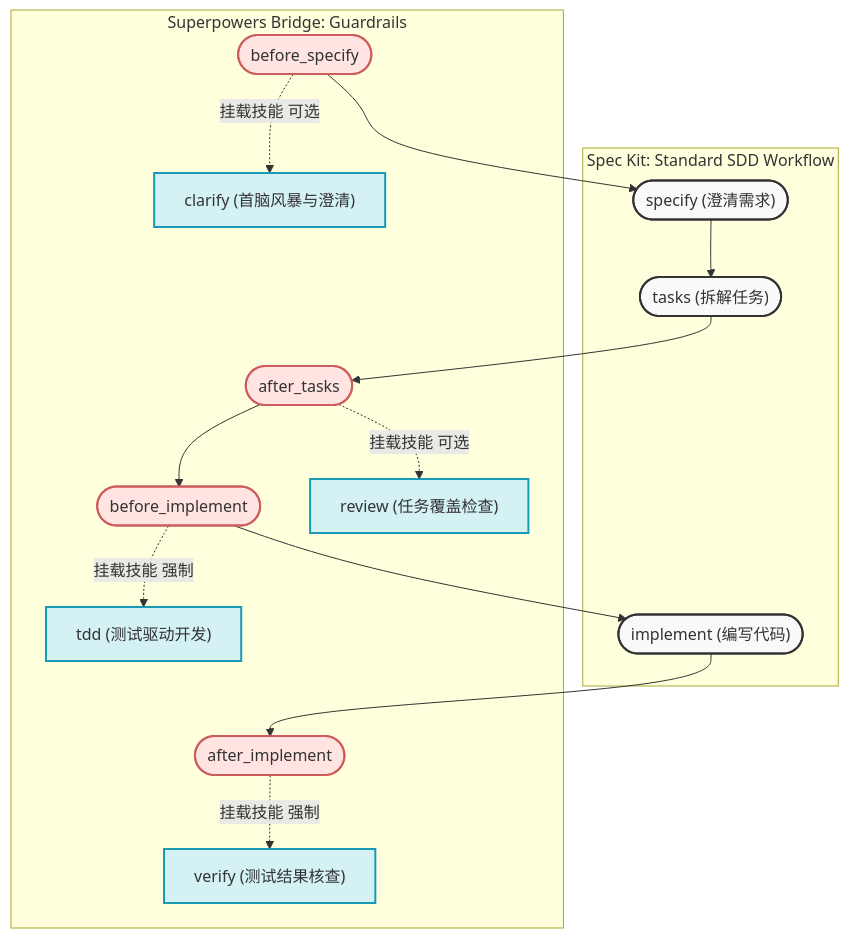
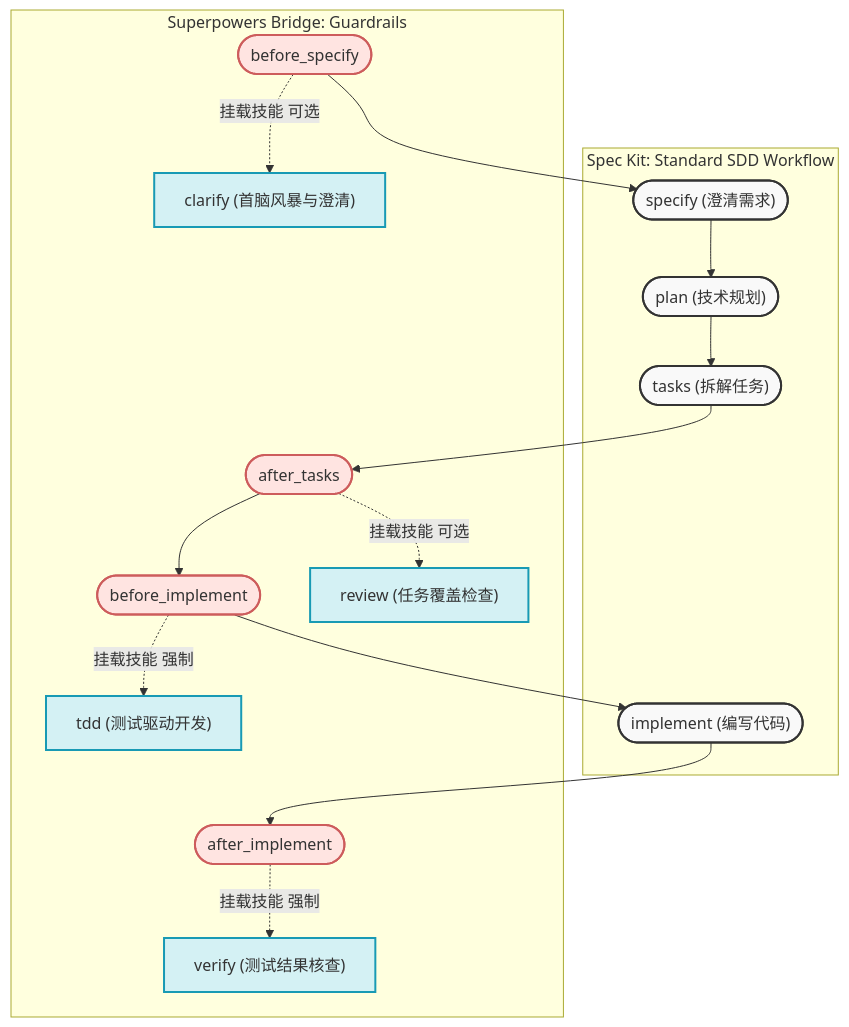
Before and after one commit to RbBtSn0w/rbbtsn0w.github.io: the diagram in _posts/2026-03-30-superpowers-bridge-spec-kit.md, drawn with Mermaid. The commit also changed other lines of this file and 3 other files, not shown here.

````diff
--- a/_posts/2026-03-30-superpowers-bridge-spec-kit.md
+++ b/_posts/2026-03-30-superpowers-bridge-spec-kit.md
@@ -37,36 +37,38 @@
 ```mermaid
 flowchart TD
     classDef workflow fill:#f9f9f9,stroke:#333,stroke-width:2px
     classDef hook fill:#ffe4e1,stroke:#cd5c5c,stroke-width:2px
     classDef skill fill:#d4f1f4,stroke:#189ab4,stroke-width:2px
 
     subgraph spec_workflow [Spec Kit: Standard SDD Workflow]
         S(["specify (澄清需求)"]):::workflow
+        P(["plan (技术规划)"]):::workflow
         T(["tasks (拆解任务)"]):::workflow
         I(["implement (编写代码)"]):::workflow
     end
 
     subgraph superpowers_bridge [Superpowers Bridge: Guardrails]
         B_S(["before_specify"]):::hook
         A_T(["after_tasks"]):::hook
         B_I(["before_implement"]):::hook
         A_I(["after_implement"]):::hook
 
         C["clarify (首脑风暴与澄清)"]:::skill
         R["review (任务覆盖检查)"]:::skill
         TDD["tdd (测试驱动开发)"]:::skill
         V["verify (测试结果核查)"]:::skill
         
         B_S -.->|挂载技能 可选| C
         A_T -.->|挂载技能 可选| R
         B_I -.->|挂载技能 强制| TDD
         A_I -.->|挂载技能 强制| V
     end
 
     B_S --> S
-    S --> T
+    S --> P
+    P --> T
     T --> A_T
     A_T --> B_I
     B_I --> I
     I --> A_I
 ```
````
